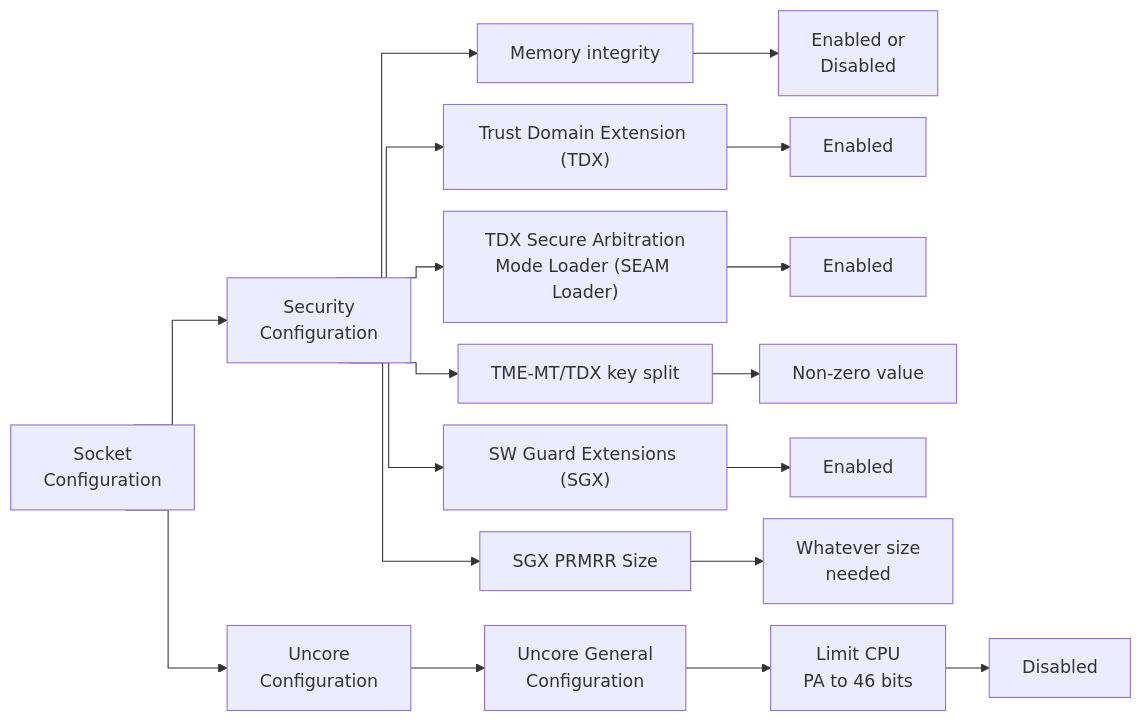
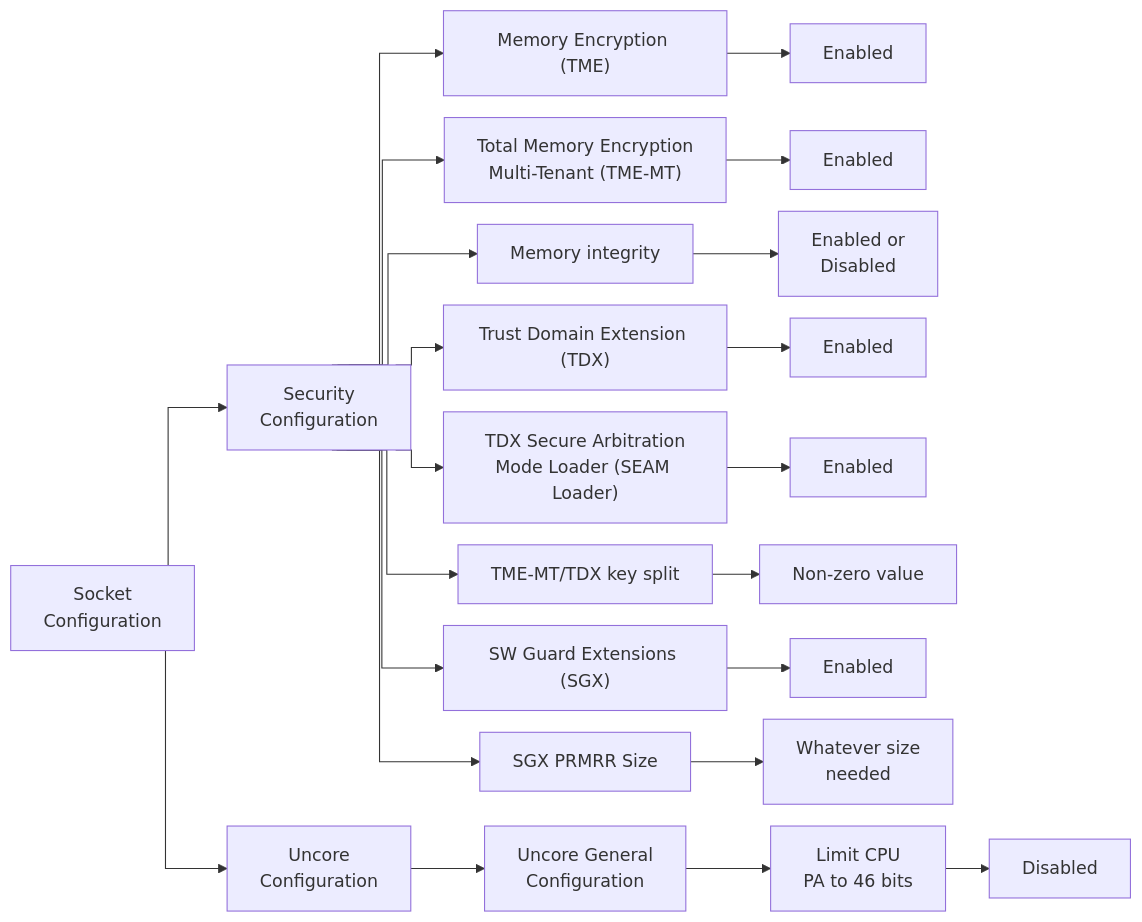
The second of 2 diagrams in docs/child_docs/intel-tdx-enabling-guide/docs/04/hardware_setup.md (intel/confidential-computing-documentation), drawn with Mermaid before and after one commit.

Commit message:
[TDX Enabling] Update BIOS settings figure for Beechnut City

````diff
--- a/docs/child_docs/intel-tdx-enabling-guide/docs/04/hardware_setup.md
+++ b/docs/child_docs/intel-tdx-enabling-guide/docs/04/hardware_setup.md
@@ -58,13 +58,15 @@
     ``` mermaid
     %%{ init: { "flowchart": { "curve": "step", "nodeSpacing": 20, "rankSpacing": 30 } } }%%
     flowchart LR
     SC[Socket<br />Configuration];
     SC --> SeC[Security<br />Configuration];
+    SeC --> A1["Memory Encryption (TME)"] --> A2[Enabled];
+    SeC --> B1["Total Memory Encryption<br />Multi-Tenant (TME-MT)"] --> B2[Enabled];
     SeC --> D1["Memory integrity"] --> D2[Enabled or<br />Disabled];
     SeC --> F1["Trust Domain Extension (TDX)"] --> F2[Enabled];
     SeC --> G1["TDX Secure Arbitration<br />Mode Loader (SEAM Loader)"] --> G2[Enabled];
     SeC --> H1[TME-MT/TDX key split] --> H2[Non-zero value]
     SeC --> I1["SW Guard Extensions (SGX)"] --> I2[Enabled];
     SeC --> J1[SGX PRMRR Size] --> J2[Whatever size<br />needed];
     SC --> P1[Uncore<br />Configuration] --> P2[Uncore General<br />Configuration] --> P3[Limit CPU<br />PA to 46 bits] --> P4[Disabled]
     ```
````
